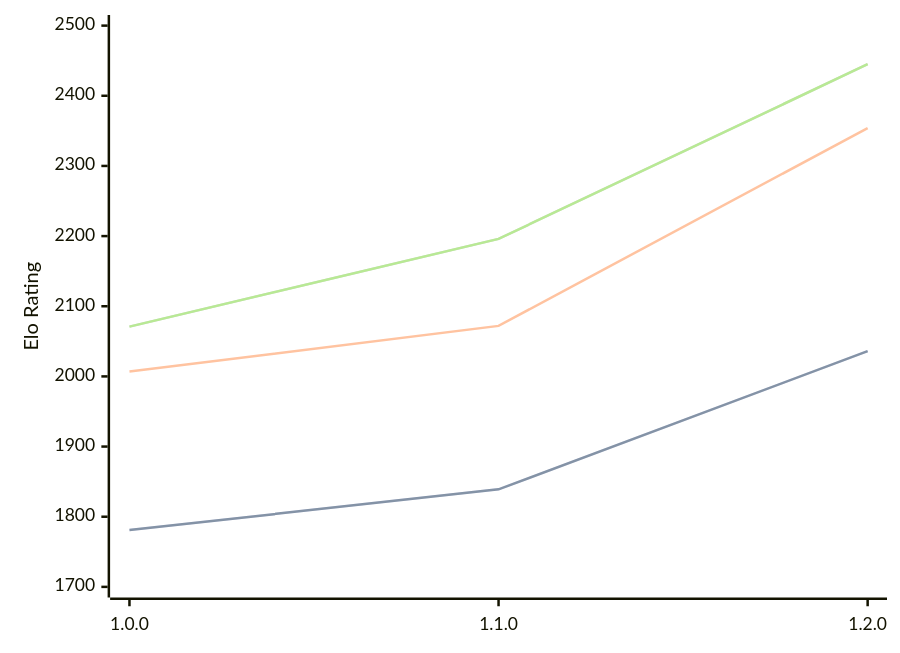
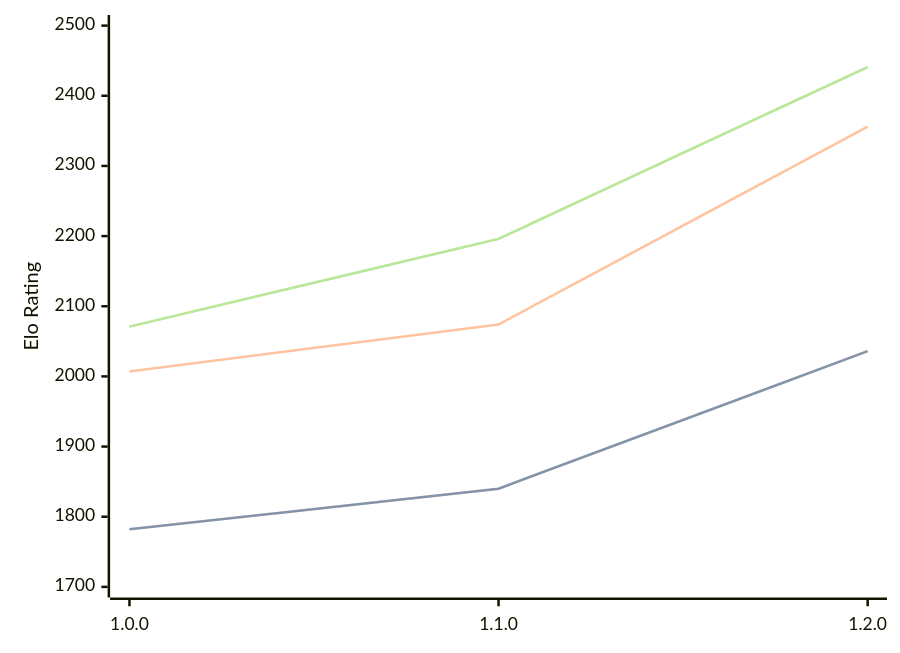
One commit to computer-chess-index/cci changed the diagram in engines/Anodos.md. Above: the diagram before and after it, drawn with Mermaid. The commit also changed other lines of this file, not shown here.

Commit message:
Update CCI Ratings (ELO VLTC) - 2026-02-16

````diff
--- a/engines/Anodos.md
+++ b/engines/Anodos.md
@@ -41,11 +41,11 @@
 ```mermaid
 %%{init: {"theme":"base","themeVariables":{"seriesColors:['#a3a3a3','#222221','#faa371']}}}%%
 xychart-beta
   x-axis ["1.0.0", "1.1.0", "1.2.0"]
   y-axis "Elo Rating" 1700 --> 2500
-  line "STC (8.0+0.08s)" [1781, 1839, 2036]
-  line "STC (8.0+0.08s)" [1781, 1839, 2036]
-  line "LTC (60.0+0.60s)" [2007, 2072, 2354]
-  line "VLTC (2m24s+1.12s)" [2071, 2196, 2445]
-  line "VLTC (2m24s+1.12s)" [2071, 2196, 2445]
+  line "STC (8.0+0.08s)" [1782, 1840, 2036]
+  line "STC (8.0+0.08s)" [1782, 1840, 2036]
+  line "LTC (60.0+0.60s)" [2007, 2074, 2356]
+  line "VLTC (2m24s+1.12s)" [2071, 2196, 2441]
+  line "VLTC (2m24s+1.12s)" [2071, 2196, 2441]
 ```
````
